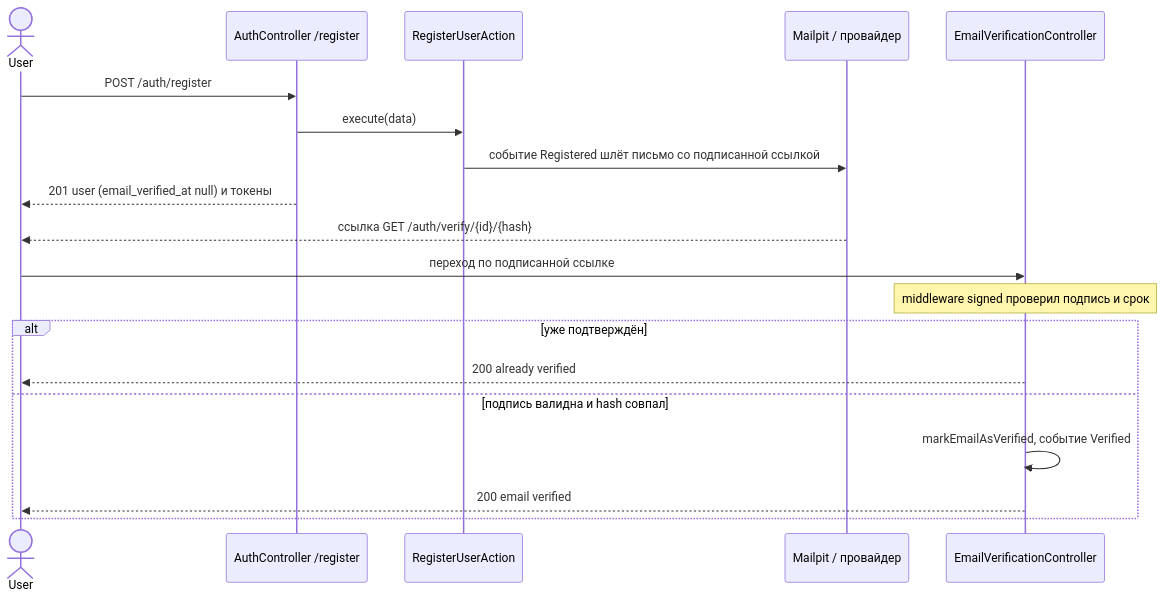
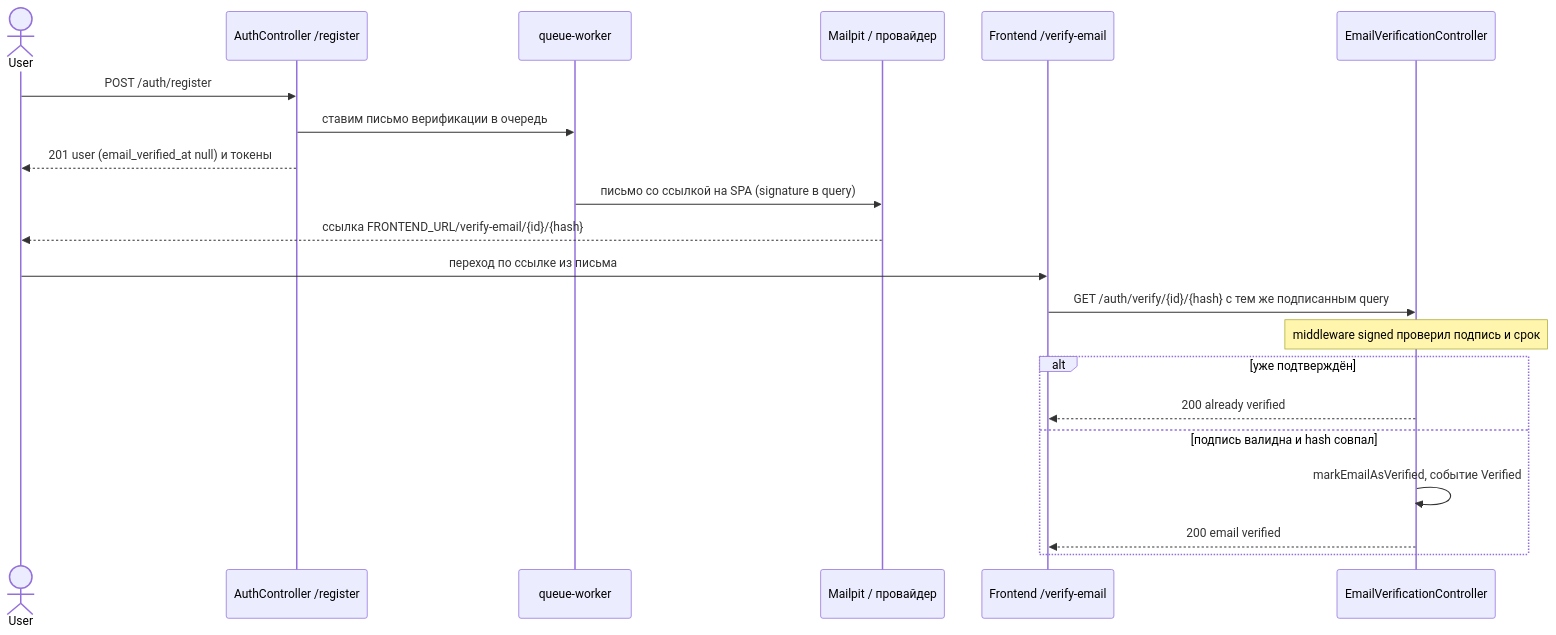
Before and after one commit to azaikina568/docsign-hub: the seventh of 9 diagrams in docs/diagrams.md, drawn with Mermaid. The commit also changed other lines of this file and 13 other files, not shown here.

First line of the commit message:
feat(frontend): signing + email verification pages; link emails to SPA

````diff
--- a/docs/diagrams.md
+++ b/docs/diagrams.md
@@ -269,22 +270,24 @@
 ```mermaid
 sequenceDiagram
     actor User
     participant API as AuthController /register
-    participant Act as RegisterUserAction
+    participant Q as queue-worker
     participant Mail as Mailpit / провайдер
+    participant SPA as Frontend /verify-email
     participant V as EmailVerificationController
 
     User->>API: POST /auth/register
-    API->>Act: execute(data)
-    Act->>Mail: событие Registered шлёт письмо со подписанной ссылкой
+    API->>Q: ставим письмо верификации в очередь
     API-->>User: 201 user (email_verified_at null) и токены
-    Mail-->>User: ссылка GET /auth/verify/{id}/{hash}
-    User->>V: переход по подписанной ссылке
+    Q->>Mail: письмо со ссылкой на SPA (signature в query)
+    Mail-->>User: ссылка FRONTEND_URL/verify-email/{id}/{hash}
+    User->>SPA: переход по ссылке из письма
+    SPA->>V: GET /auth/verify/{id}/{hash} с тем же подписанным query
     Note over V: middleware signed проверил подпись и срок
     alt уже подтверждён
-        V-->>User: 200 already verified
+        V-->>SPA: 200 already verified
     else подпись валидна и hash совпал
         V->>V: markEmailAsVerified, событие Verified
-        V-->>User: 200 email verified
+        V-->>SPA: 200 email verified
     end
 ```
````
